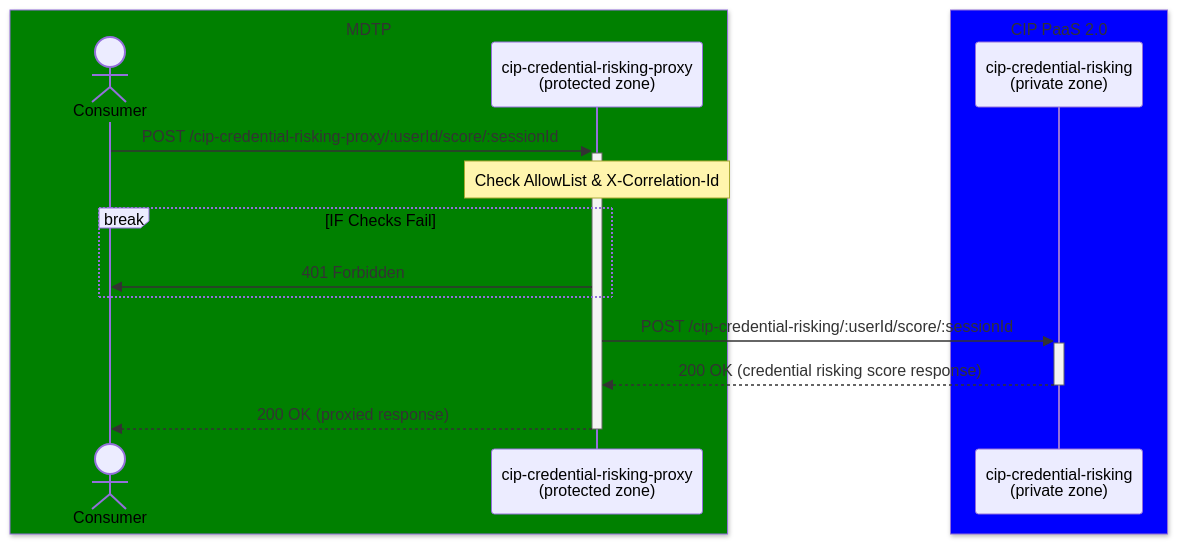
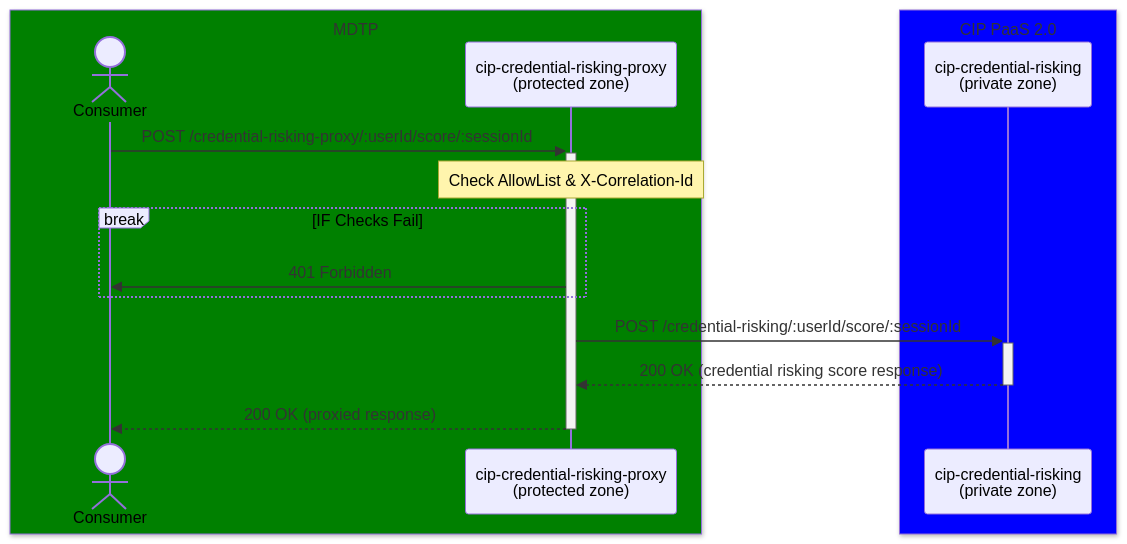
One commit to hmrc/cip-credential-risking-proxy changed the first of 2 diagrams in README.md. Above: the diagram before and after it, drawn with Mermaid. The commit also changed other lines of this file, not shown here.

Commit message:
CIR-2970 Update mermaid sequence diagrams

````diff
--- a/README.md
+++ b/README.md
@@ -21,19 +21,19 @@
 ```mermaid
 sequenceDiagram
     box Green MDTP
         actor Consumer
         participant Proxy as cip-credential-risking-proxy<br/>(protected zone)
     end
     box Blue CIP PaaS 2.0
         participant Score as cip-credential-risking<br/>(private zone)
     end
 
-    Consumer->>+Proxy: POST /cip-credential-risking-proxy/:userId/score/:sessionId
+    Consumer->>+Proxy: POST /credential-risking-proxy/:userId/score/:sessionId
     Note over Proxy: Check AllowList & X-Correlation-Id
     break IF Checks Fail
         Proxy->>Consumer: 401 Forbidden
     end
-    Proxy->>+Score: POST /cip-credential-risking/:userId/score/:sessionId
+    Proxy->>+Score: POST /credential-risking/:userId/score/:sessionId
     Score-->>-Proxy: 200 OK (credential risking score response)
     Proxy-->>-Consumer: 200 OK (proxied response)
 ```
````
